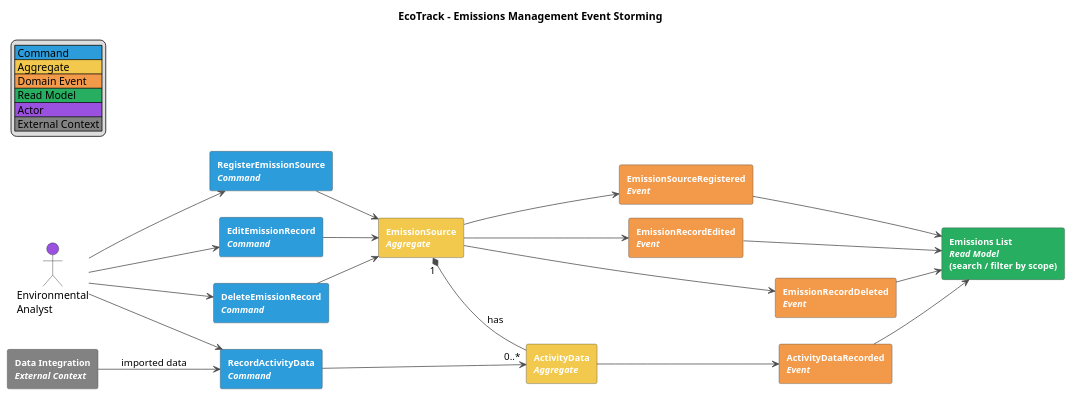
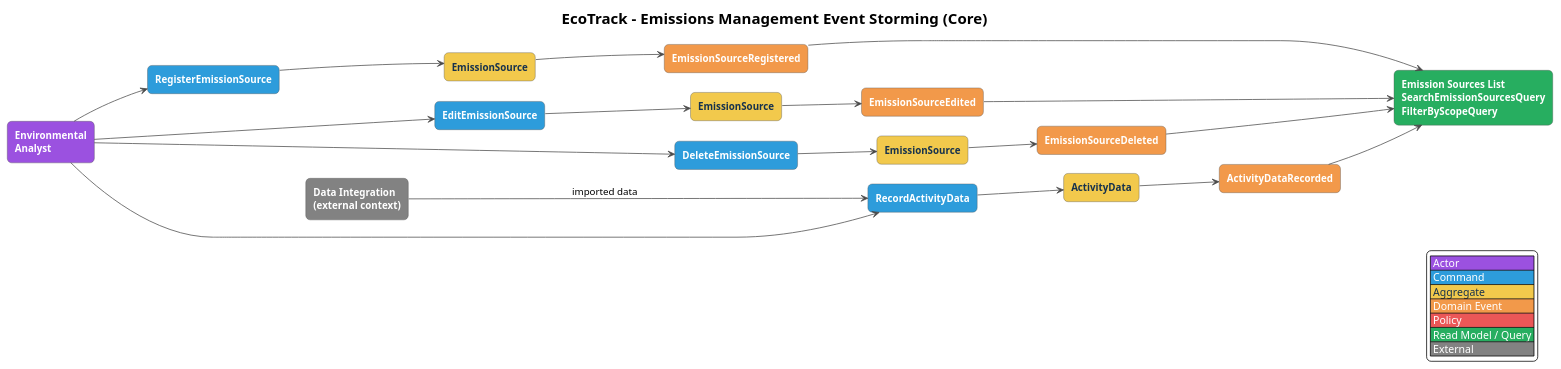
Before and after one commit to Horizon-OpenSource/report: the diagram in docs/diagrams/event-storming/ecotrack-event-storming-emissions-management.puml, drawn with PlantUML. The commit also changed 18 other files, not shown here.

Commit message:
docs(report): improve event storming, context, container and database diagrams

```diff
--- a/docs/diagrams/event-storming/ecotrack-event-storming-emissions-management.puml
+++ b/docs/diagrams/event-storming/ecotrack-event-storming-emissions-management.puml
@@ -1,67 +1,101 @@
 @startuml
-title EcoTrack - Emissions Management Event Storming
 left to right direction
-skinparam packageStyle rectangle
 skinparam shadowing false
-skinparam defaultFontName Arial
-skinparam rectangle {
-  BorderColor #4A4A4A
-  FontColor #FFFFFF
-  FontStyle bold
-  FontSize 12
+skinparam defaultFontName Helvetica
+skinparam defaultFontSize 13
+skinparam backgroundColor white
+skinparam nodesep 25
+skinparam ranksep 70
+skinparam ArrowColor #4A4A4A
+skinparam RectangleBorderColor #555555
+skinparam RectangleFontStyle bold
+skinparam roundCorner 12
+skinparam rectangle<<ext>> {
+  BackgroundColor #828282
+  FontColor white
 }
-skinparam ArrowColor #4A4A4A
+skinparam rectangle<<rm>> {
+  BackgroundColor #27AE60
+  FontColor white
+}
+skinparam rectangle<<pol>> {
+  BackgroundColor #EB5757
+  FontColor white
+}
+skinparam rectangle<<evt>> {
+  BackgroundColor #F2994A
+  FontColor white
+}
+skinparam rectangle<<agg>> {
+  BackgroundColor #F2C94C
+  FontColor #17324D
+}
+skinparam rectangle<<cmd>> {
+  BackgroundColor #2D9CDB
+  FontColor white
+}
+skinparam rectangle<<actor>> {
+  BackgroundColor #9B51E0
+  FontColor white
+}
+skinparam titleFontSize 20
+hide stereotype
+title EcoTrack - Emissions Management Event Storming (Core)
 
-legend top left
-  |<#2D9CDB> Command |
-  |<#F2C94C> Aggregate |
-  |<#F2994A> Domain Event |
-  |<#27AE60> Read Model |
-  |<#9B51E0> Actor |
-  |<#828282> External Context |
+rectangle "Environmental\nAnalyst" as a <<actor>>
+rectangle "Data Integration\n(external context)" as x <<ext>>
+rectangle "RegisterEmissionSource" as c1 <<cmd>>
+rectangle "EditEmissionSource" as c2 <<cmd>>
+rectangle "DeleteEmissionSource" as c3 <<cmd>>
+rectangle "RecordActivityData" as c4 <<cmd>>
+rectangle "EmissionSource" as g1 <<agg>>
+rectangle "EmissionSource" as g2 <<agg>>
+rectangle "EmissionSource" as g3 <<agg>>
+rectangle "ActivityData" as g4 <<agg>>
+rectangle "EmissionSourceRegistered" as e1 <<evt>>
+rectangle "EmissionSourceEdited" as e2 <<evt>>
+rectangle "EmissionSourceDeleted" as e3 <<evt>>
+rectangle "ActivityDataRecorded" as e4 <<evt>>
+rectangle "Emission Sources List\nSearchEmissionSourcesQuery\nFilterByScopeQuery" as r <<rm>>
+
+a --> c1
+a --> c2
+a --> c3
+a --> c4
+x --> c4 : imported data
+c1 --> g1
+c2 --> g2
+c3 --> g3
+c4 --> g4
+g1 --> e1
+g2 --> e2
+g3 --> e3
+g4 --> e4
+e1 --> r
+e2 --> r
+e3 --> r
+e4 --> r
+a -[hidden]down-> x
+c1 -[hidden]down-> c2
+c2 -[hidden]down-> c3
+c3 -[hidden]down-> c4
+g1 -[hidden]down-> g2
+g2 -[hidden]down-> g3
+g3 -[hidden]down-> g4
+e1 -[hidden]down-> e2
+e2 -[hidden]down-> e3
+e3 -[hidden]down-> e4
+a -[hidden]right-> c1
+c1 -[hidden]right-> g1
+g1 -[hidden]right-> e1
+e1 -[hidden]right-> r
+legend right
+  |<#9B51E0><color:white> Actor </color>|
+  |<#2D9CDB><color:white> Command </color>|
+  |<#F2C94C><color:#17324D> Aggregate </color>|
+  |<#F2994A><color:white> Domain Event </color>|
+  |<#EB5757><color:white> Policy </color>|
+  |<#27AE60><color:white> Read Model / Query </color>|
+  |<#828282><color:white> External </color>|
 endlegend
-
-actor "Environmental\nAnalyst" as Analyst #9B51E0
-rectangle "Data Integration\n<i>External Context</i>" as DataIntegration #828282
-
-rectangle "RegisterEmissionSource\n<i>Command</i>" as CmdSource #2D9CDB
-rectangle "EmissionSource\n<i>Aggregate</i>" as AggSource #F2C94C
-rectangle "EmissionSourceRegistered\n<i>Event</i>" as EvtSource #F2994A
-
-rectangle "EditEmissionRecord\n<i>Command</i>" as CmdEdit #2D9CDB
-rectangle "EmissionRecordEdited\n<i>Event</i>" as EvtEdit #F2994A
-
-rectangle "DeleteEmissionRecord\n<i>Command</i>" as CmdDelete #2D9CDB
-rectangle "EmissionRecordDeleted\n<i>Event</i>" as EvtDelete #F2994A
-
-rectangle "RecordActivityData\n<i>Command</i>" as CmdActivity #2D9CDB
-rectangle "ActivityData\n<i>Aggregate</i>" as AggActivity #F2C94C
-rectangle "ActivityDataRecorded\n<i>Event</i>" as EvtActivity #F2994A
-
-rectangle "Emissions List\n<i>Read Model</i>\n(search / filter by scope)" as RmList #27AE60
-
-Analyst --> CmdSource
-CmdSource --> AggSource
-AggSource --> EvtSource
-
-Analyst --> CmdEdit
-CmdEdit --> AggSource
-AggSource --> EvtEdit
-
-Analyst --> CmdDelete
-CmdDelete --> AggSource
-AggSource --> EvtDelete
-
-Analyst --> CmdActivity
-DataIntegration --> CmdActivity : imported data
-CmdActivity --> AggActivity
-AggSource "1" *-- "0..*" AggActivity : has
-
-AggActivity --> EvtActivity
-
-EvtSource --> RmList
-EvtEdit --> RmList
-EvtDelete --> RmList
-EvtActivity --> RmList
-
 @enduml
```
